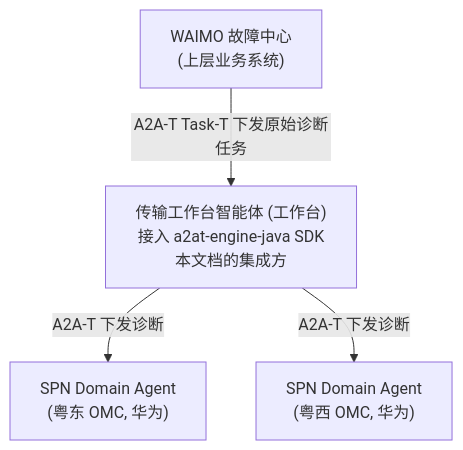
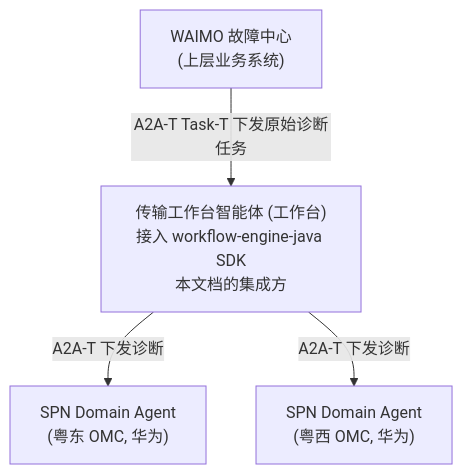
One commit to project-openan/workflow-engine-sdk-java changed the first of 4 diagrams in docs/zh/工作台集成指南.md. Above: the diagram before and after it, drawn with Mermaid. The commit also changed other lines of this file and 18 other files, not shown here.

Commit message:
docs: rewrite workbench integration guide with accurate call sequence, auth provider docs, credential encryption guide, and update Maven coordinates to dev.openan.workflow.sdk:engine-sdk

````diff
--- a/docs/zh/工作台集成指南.md
+++ b/docs/zh/工作台集成指南.md
@@ -11,11 +11,11 @@
 ```mermaid
 graph TD
     WAIMO["WAIMO 故障中心<br/>(上层业务系统)"]
-    WB["传输工作台智能体 (工作台)<br/>接入 a2at-engine-java SDK<br/>本文档的集成方"]
+    WB["传输工作台智能体 (工作台)<br/>接入 workflow-engine-java SDK<br/>本文档的集成方"]
     OMC1["SPN Domain Agent<br/>(粤东 OMC, 华为)"]
     OMC2["SPN Domain Agent<br/>(粤西 OMC, 华为)"]
 
     WAIMO -->|"A2A-T Task-T 下发原始诊断任务"| WB
     WB -->|"A2A-T 下发诊断"| OMC1
     WB -->|"A2A-T 下发诊断"| OMC2
 ```
````
